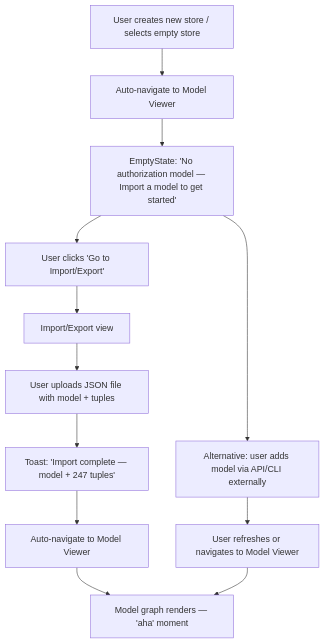
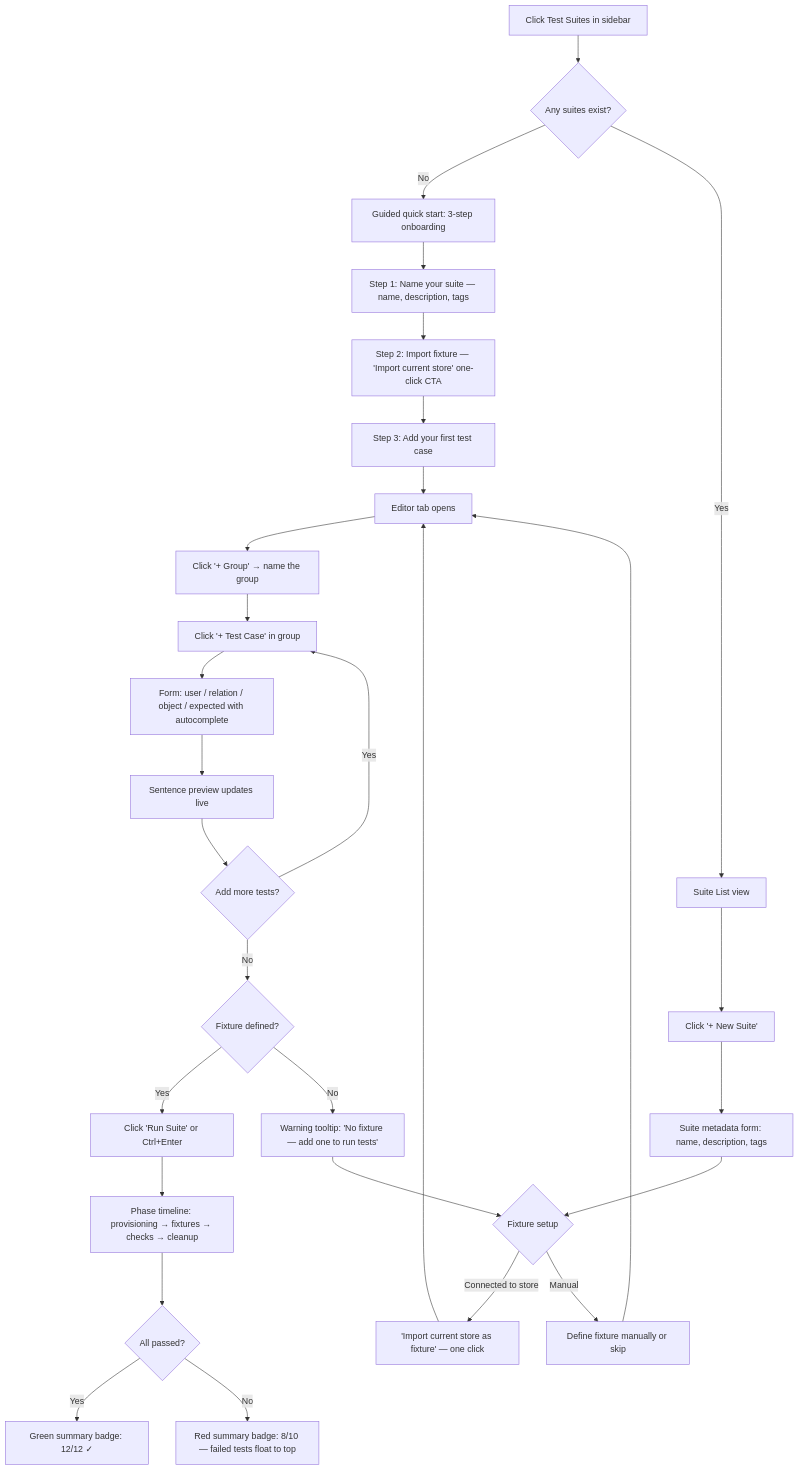
Before and after one commit to monte97/openfga-ide: the first of 5 diagrams in _bmad-output/planning-artifacts/ux-design-specification.md, drawn with Mermaid. The commit also changed other lines of this file and 92 other files, not shown here.

First line of the commit message:
feat: Epics 7-10 — Authorization Test Suite Management

````diff
--- a/_bmad-output/planning-artifacts/ux-design-specification.md
+++ b/_bmad-output/planning-artifacts/ux-design-specification.md
@@ -602,15 +427,31 @@
 ```mermaid
 flowchart TD
-    A[User creates new store / selects empty store] --> B[Auto-navigate to Model Viewer]
-    B --> C[EmptyState: 'No authorization model — Import a model to get started']
-    C --> D[User clicks 'Go to Import/Export']
-    D --> E[Import/Export view]
-    E --> F[User uploads JSON file with model + tuples]
-    F --> G[Toast: 'Import complete — model + 247 tuples']
-    G --> H[Auto-navigate to Model Viewer]
-    H --> I[Model graph renders — 'aha' moment]
-
-    C --> J[Alternative: user adds model via API/CLI externally]
-    J --> K[User refreshes or navigates to Model Viewer]
-    K --> I
+    A[Click Test Suites in sidebar] --> B{Any suites exist?}
+    B -->|No| C[Guided quick start: 3-step onboarding]
+    B -->|Yes| D[Suite List view]
+    C --> C1["Step 1: Name your suite — name, description, tags"]
+    C1 --> C2["Step 2: Import fixture — 'Import current store' one-click CTA"]
+    C2 --> C3["Step 3: Add your first test case"]
+    C3 --> G[Editor tab opens]
+    D --> E[Click '+ New Suite']
+    E --> F[Suite metadata form: name, description, tags]
+    F --> FX{Fixture setup}
+    FX -->|Connected to store| FX1["'Import current store as fixture' — one click"]
+    FX -->|Manual| FX2[Define fixture manually or skip]
+    FX1 --> G
+    FX2 --> G
+    G --> H[Click '+ Group' → name the group]
+    H --> I[Click '+ Test Case' in group]
+    I --> K[Form: user / relation / object / expected with autocomplete]
+    K --> M[Sentence preview updates live]
+    M --> N{Add more tests?}
+    N -->|Yes| I
+    N -->|No| O{Fixture defined?}
+    O -->|Yes| P[Click 'Run Suite' or Ctrl+Enter]
+    O -->|No| OW[Warning tooltip: 'No fixture — add one to run tests']
+    OW --> FX
+    P --> Q[Phase timeline: provisioning → fixtures → checks → cleanup]
+    Q --> R{All passed?}
+    R -->|Yes| S["Green summary badge: 12/12 ✓"]
+    R -->|No| T["Red summary badge: 8/10 — failed tests float to top"]
 ```
````
